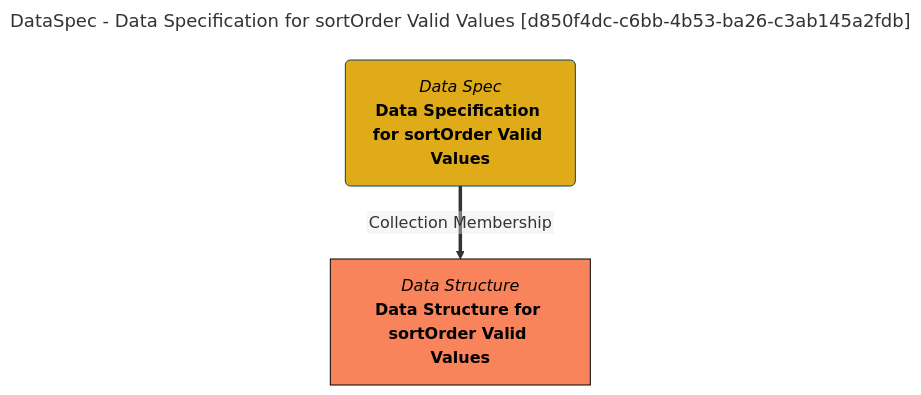
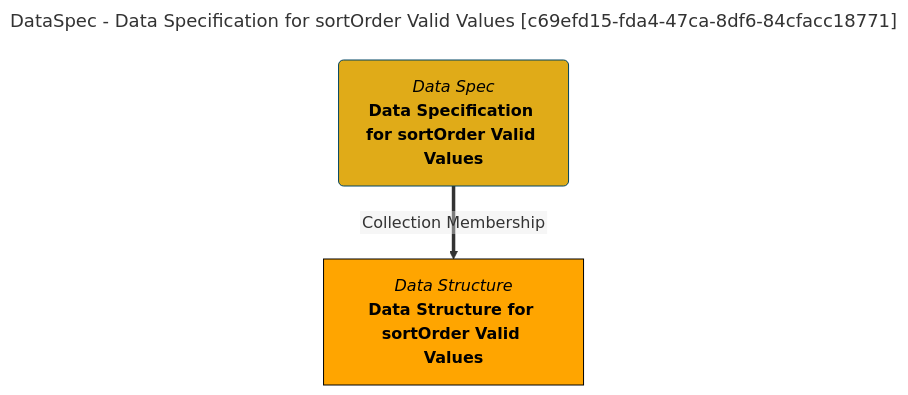
One commit to odpi/egeria-docs changed the diagram in site/snippets/collections/data-specs/data-specification-for-sortorder-valid-values-mermaid-graph.md. Above: the diagram before and after it, drawn with Mermaid. The commit also changed 2201 other files, not shown here.

````diff
--- a/site/snippets/collections/data-specs/data-specification-for-sortorder-valid-values-mermaid-graph.md
+++ b/site/snippets/collections/data-specs/data-specification-for-sortorder-valid-values-mermaid-graph.md
@@ -1,15 +1,15 @@
 ```mermaid
 ---
-title: DataSpec - Data Specification for sortOrder Valid Values [d850f4dc-c6bb-4b53-ba26-c3ab145a2fdb]
+title: DataSpec - Data Specification for sortOrder Valid Values [c69efd15-fda4-47ca-8df6-84cfacc18771]
 ---
 flowchart TD
 %%{init: {"flowchart": {"htmlLabels": false}} }%%
 
 1@{ shape: rounded, label: "*Data Spec*
 **Data Specification for sortOrder Valid Values**"}
 2@{ shape: rect, label: "*Data Structure*
 **Data Structure for sortOrder Valid Values**"}
 1==>|"Collection Membership"|2
 style 1 color:#000000, fill:#e0ab18, stroke:#004563
-style 2 color:#000000, fill:#f9845b, stroke:#000000
+style 2 color:#000000, fill:#FFA500, stroke:#000000
 ```
````
